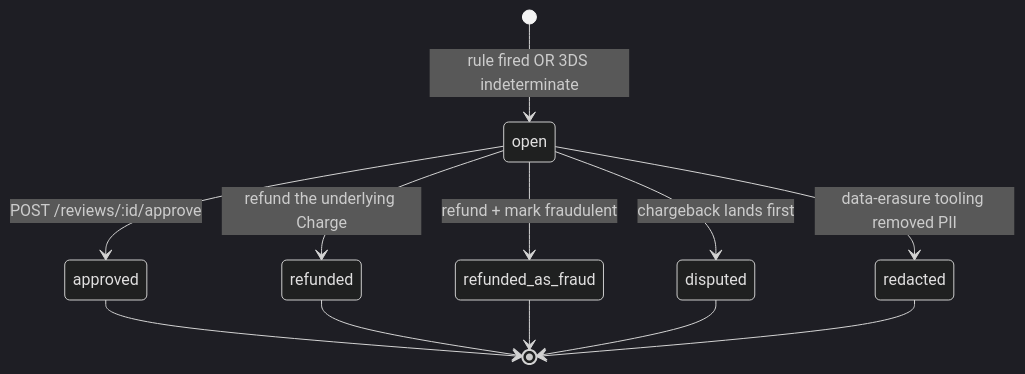
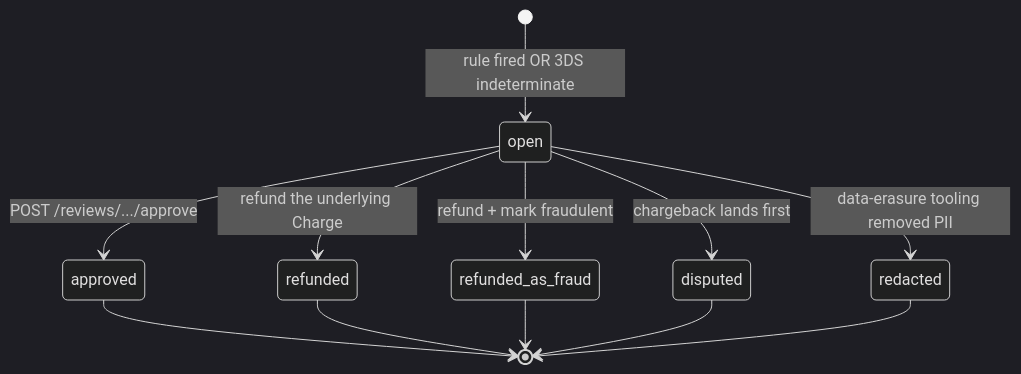
The first of 2 diagrams in 08-fraud/reviews.md (ngtranthanhtoan/stripe-documentation), drawn with Mermaid (dark theme) before and after one commit. The commit also changed 4 other files, not shown here.

````diff
--- a/08-fraud/reviews.md
+++ b/08-fraud/reviews.md
@@ -19,14 +19,14 @@
 ```mermaid
 stateDiagram-v2
     [*] --> open: rule fired OR 3DS indeterminate
-    open --> approved: POST /reviews/:id/approve
+    open --> approved: POST /reviews/.../approve
     open --> refunded: refund the underlying Charge
     open --> refunded_as_fraud: refund + mark fraudulent
     open --> disputed: chargeback lands first
     open --> redacted: data-erasure tooling removed PII
     approved --> [*]
     refunded --> [*]
     refunded_as_fraud --> [*]
     disputed --> [*]
     redacted --> [*]
 ```
````
